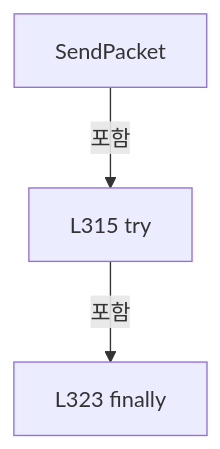
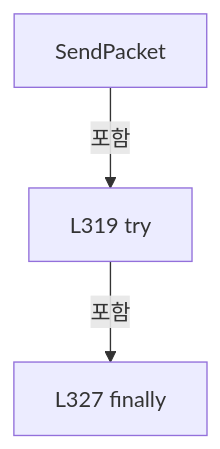
One commit to kjuws10-rgb/Shared changed the ninth of 40 diagrams in A3 LD Code Ref/files/Drilling.Common/Interface/Vision/CVisionComm.cs.md. Above: the diagram before and after it, drawn with Mermaid. The commit also changed other lines of this file and 2071 other files, not shown here.

Commit message:
docs(a3): update 11.19.0 architecture and code reference

````diff
--- a/A3 LD Code Ref/files/Drilling.Common/Interface/Vision/CVisionComm.cs.md
+++ b/A3 LD Code Ref/files/Drilling.Common/Interface/Vision/CVisionComm.cs.md
@@ -1356,8 +1356,8 @@
 ```mermaid
 flowchart TD
  M["SendPacket"]
- N0["L315 try"]
+ N0["L319 try"]
  M -->|포함| N0
- N1["L323 finally"]
+ N1["L327 finally"]
  N0 -->|포함| N1
 ```
````
